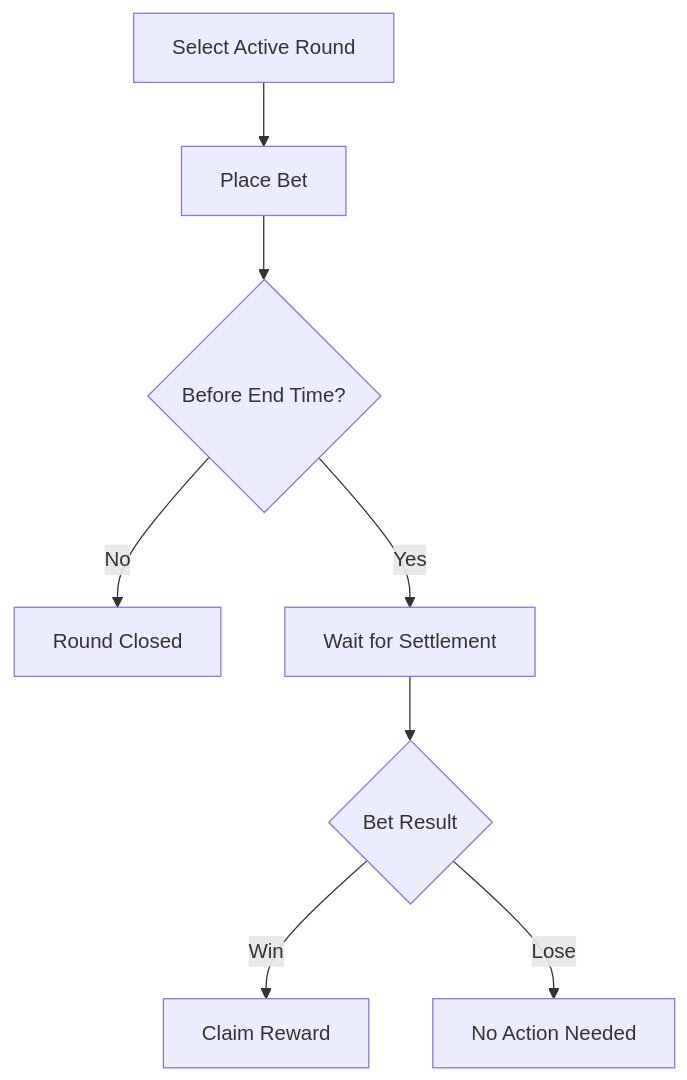
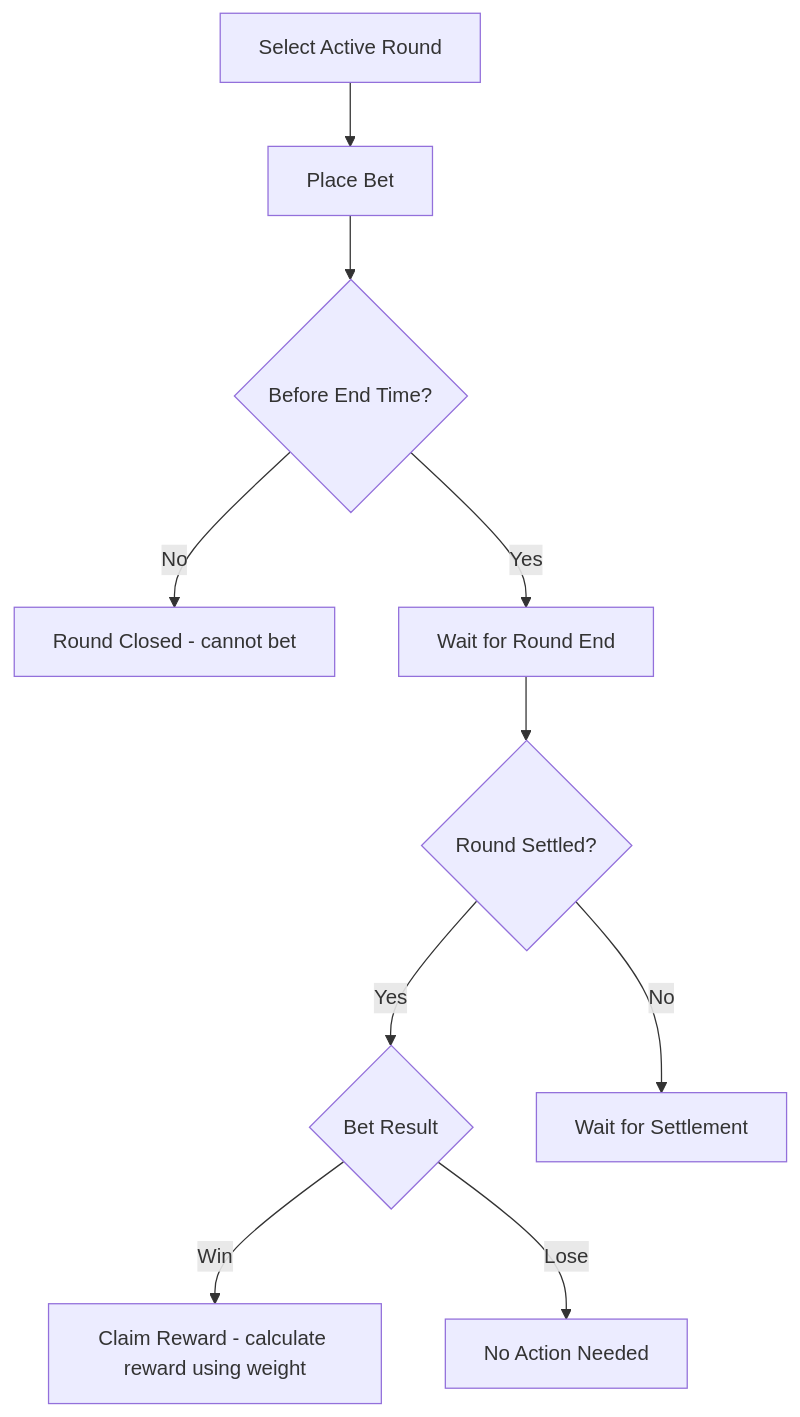
One commit to muhammad-akbrrr/gold-rush-smartcontract changed the fourth of 7 diagrams in README.md. Above: the diagram before and after it, drawn with Mermaid. The commit also changed other lines of this file, not shown here.

Commit message:
fix(readme): bet account

````diff
--- a/README.md
+++ b/README.md
@@ -205,10 +213,13 @@
 ```mermaid
 graph TD
     A[Select Active Round] --> B[Place Bet]
     B --> C{Before End Time?}
-    C -->|No| D[Round Closed]
-    C -->|Yes| E[Wait for Settlement]
-    E --> F{Bet Result}
-    F -->|Win| G[Claim Reward]
-    F -->|Lose| H[No Action Needed]
+    C -->|No| D[Round Closed - cannot bet]
+    C -->|Yes| E[Wait for Round End]
+    E --> F{Round Settled?}
+    F -->|Yes| G{Bet Result}
+    G -->|Win| H[Claim Reward - calculate reward using weight]
+    G -->|Lose| I[No Action Needed]
+    F -->|No| J[Wait for Settlement]
+
 ```
````
